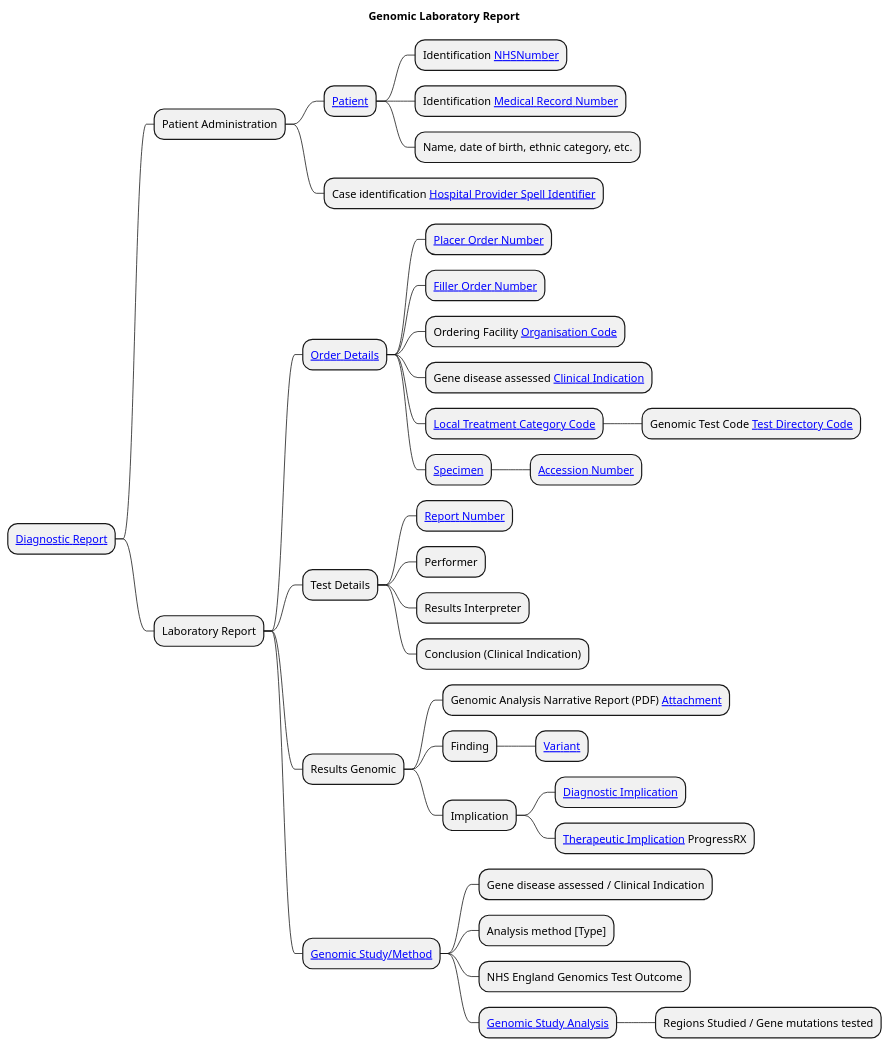
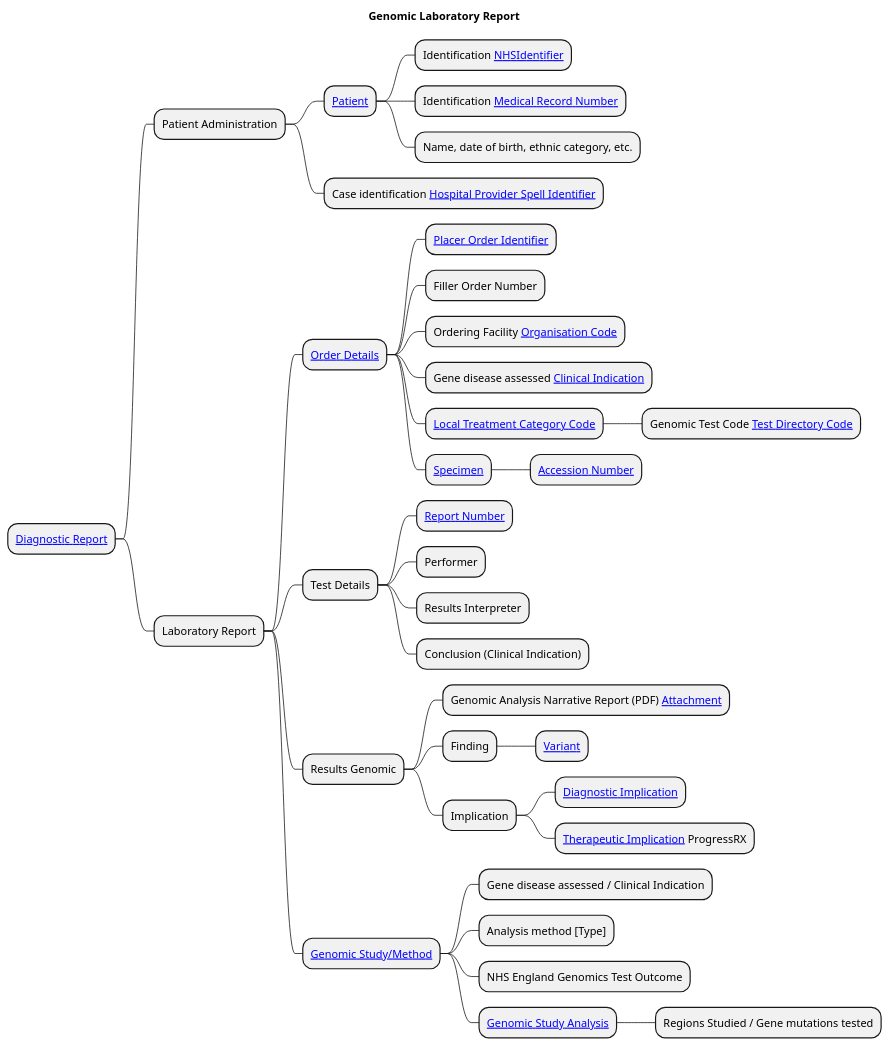
One commit to uk-gov-mirror/nw-gmsa.nw-gmsa.github.com changed the diagram in input/images-source/LaboratoryReport-mindmap.plantuml. Above: the diagram before and after it, drawn with PlantUML. The commit also changed 30 other files, not shown here.

```diff
--- a/input/images-source/LaboratoryReport-mindmap.plantuml
+++ b/input/images-source/LaboratoryReport-mindmap.plantuml
@@ -1,41 +1,41 @@
 @startmindmap
 
 title "Genomic Laboratory Report"
 
 * [[StructureDefinition-DiagnosticReport.html Diagnostic Report]]
 ** Patient Administration
 *** [[StructureDefinition-Patient.html Patient]]
-**** Identification [[StructureDefinition-NHSNumber.html NHSNumber]]
+**** Identification [[StructureDefinition-NHSIdentifier.html NHSIdentifier]]
 **** Identification [[StructureDefinition-MedicalRecordNumber.html Medical Record Number]]
 **** Name, date of birth, ethnic category, etc.
 *** Case identification [[StructureDefinition-HospitalProviderSpellIdentifier.html Hospital Provider Spell Identifier]]
 ** Laboratory Report
 *** [[Questionnaire-GenomicTestOrder.html Order Details]]
-**** [[StructureDefinition-OrderIdentifier.html Placer Order Number]]
-**** [[StructureDefinition-OrderFillerNumber.html Filler Order Number]]
+**** [[StructureDefinition-OrderIdentifier.html Placer Order Identifier]]
+**** Filler Order Number
 **** Ordering Facility [[StructureDefinition-OrganisationCode.html Organisation Code]]
 **** Gene disease assessed [[CodeSystem-GenomicClinicalIndication.html Clinical Indication]]
 **** [[https://www.datadictionary.nhs.uk/data_elements/local_treatment_category_code.html Local Treatment Category Code]]
 ***** Genomic Test Code [[CodeSystem-GenomicTestCode.html Test Directory Code]]
 **** [[StructureDefinition-Specimen.html Specimen]]
 ***** [[StructureDefinition-AccessionNumber.html Accession Number]]
 *** Test Details
 **** [[StructureDefinition-ReportNumber.html Report Number]]
 **** Performer
 **** Results Interpreter
 **** Conclusion (Clinical Indication)
 *** Results Genomic
 **** Genomic Analysis Narrative Report (PDF) [[StructureDefinition-NWAttachment.html Attachment]]
 **** Finding
 ***** [[#variant Variant]]
 **** Implication
 ***** [[#diagnostic-implication Diagnostic Implication]]
 ***** [[#implications Therapeutic Implication]] ProgressRX
 *** [[#genomic-study Genomic Study/Method]]
 **** Gene disease assessed / Clinical Indication
 **** Analysis method [Type]
 **** NHS England Genomics Test Outcome
 **** [[#genomic-study-analysis Genomic Study Analysis]]
 ***** Regions Studied / Gene mutations tested
 
 @endmindmap
```
